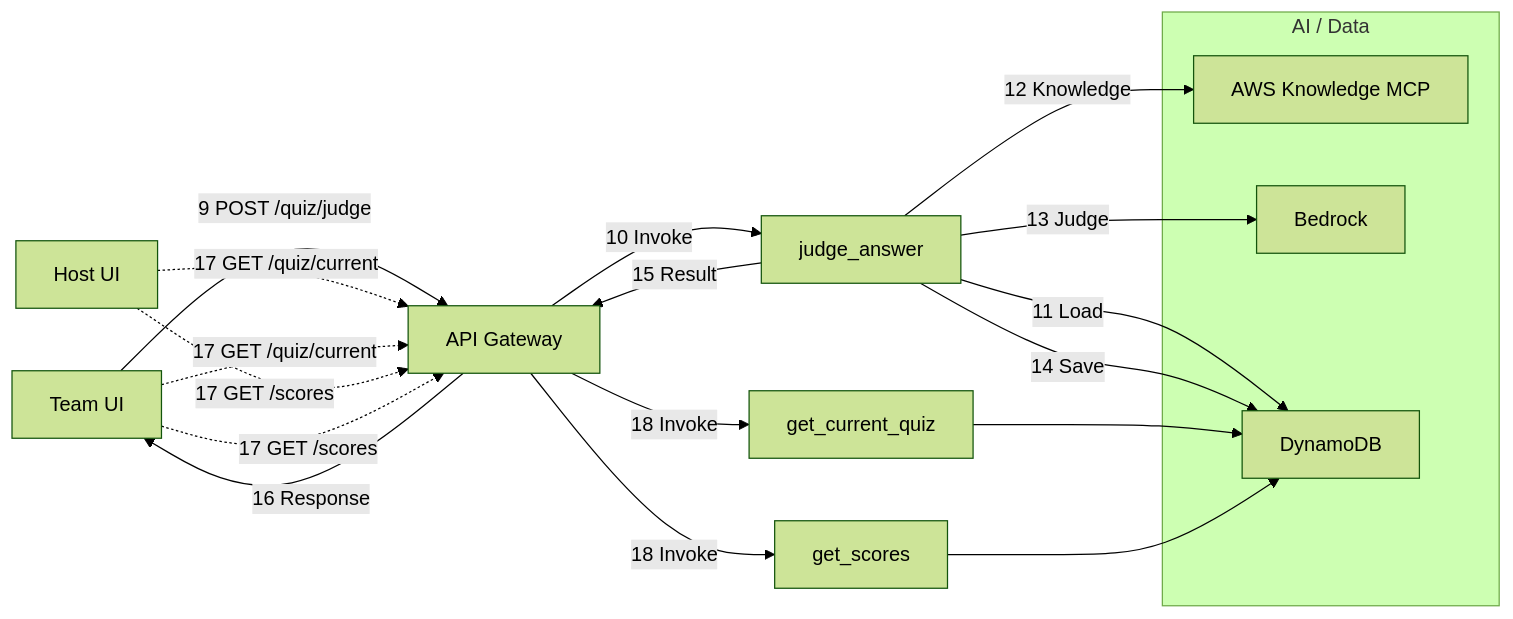
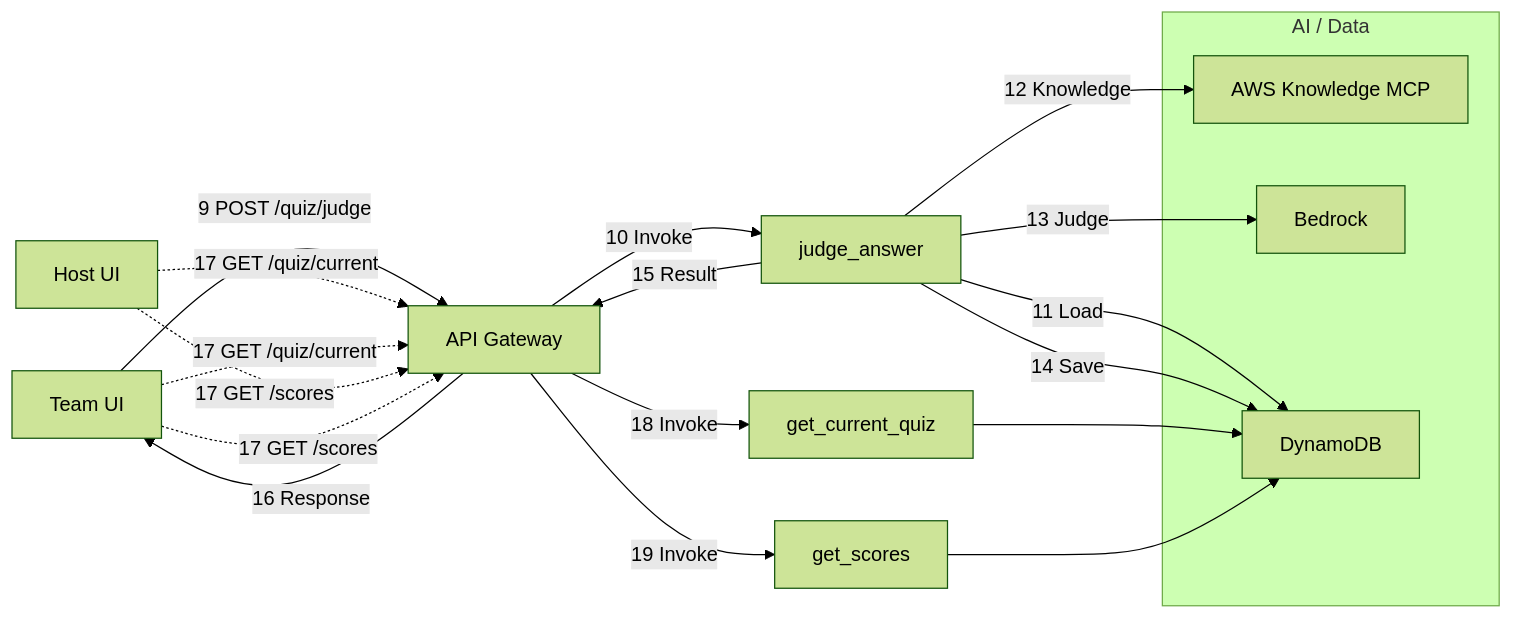
The third of 6 diagrams in README.md (hatanoyoshihiko/aws_knowledge_quiz), drawn with Mermaid (forest theme) before and after one commit. The commit also changed other lines of this file, not shown here.

````diff
--- a/README.md
+++ b/README.md
@@ -171,28 +171,28 @@
 ```mermaid
 flowchart LR
   FET[Team UI] -->|9 POST /quiz/judge| GW[API Gateway]
   GW -->|10 Invoke| JA[judge_answer]
 
   subgraph Core["AI / Data"]
     MCP[AWS Knowledge MCP]
     BR[Bedrock]
     DDB[DynamoDB]
   end
 
   JA -->|11 Load| DDB
   JA -->|12 Knowledge| MCP
   JA -->|13 Judge| BR
   JA -->|14 Save| DDB
   JA -->|15 Result| GW
   GW -->|16 Response| FET
 
   FEH[Host UI] -.->|17 GET /quiz/current| GW
   FET -.->|17 GET /quiz/current| GW
   GW -->|18 Invoke| GC[get_current_quiz]
   GC --> DDB
 
   FEH -.->|17 GET /scores| GW
   FET -.->|17 GET /scores| GW
-  GW -->|18 Invoke| GS[get_scores]
+  GW -->|19 Invoke| GS[get_scores]
   GS --> DDB
 ```
````
